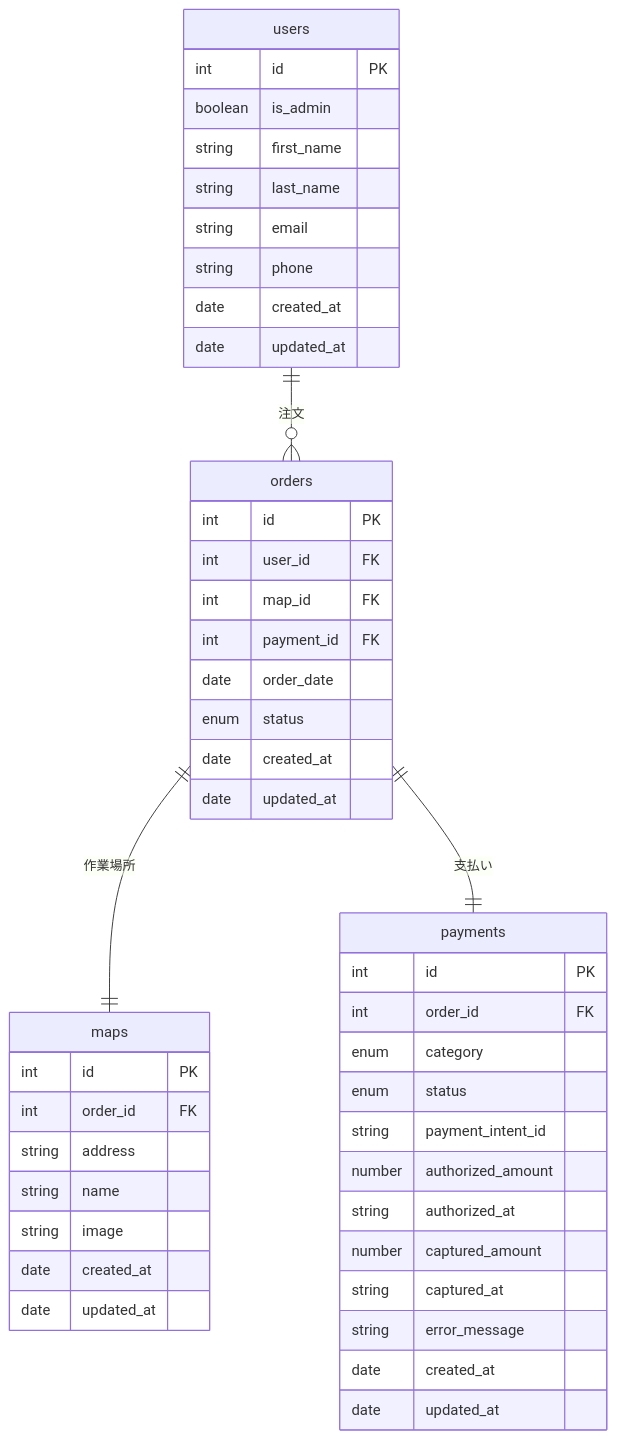
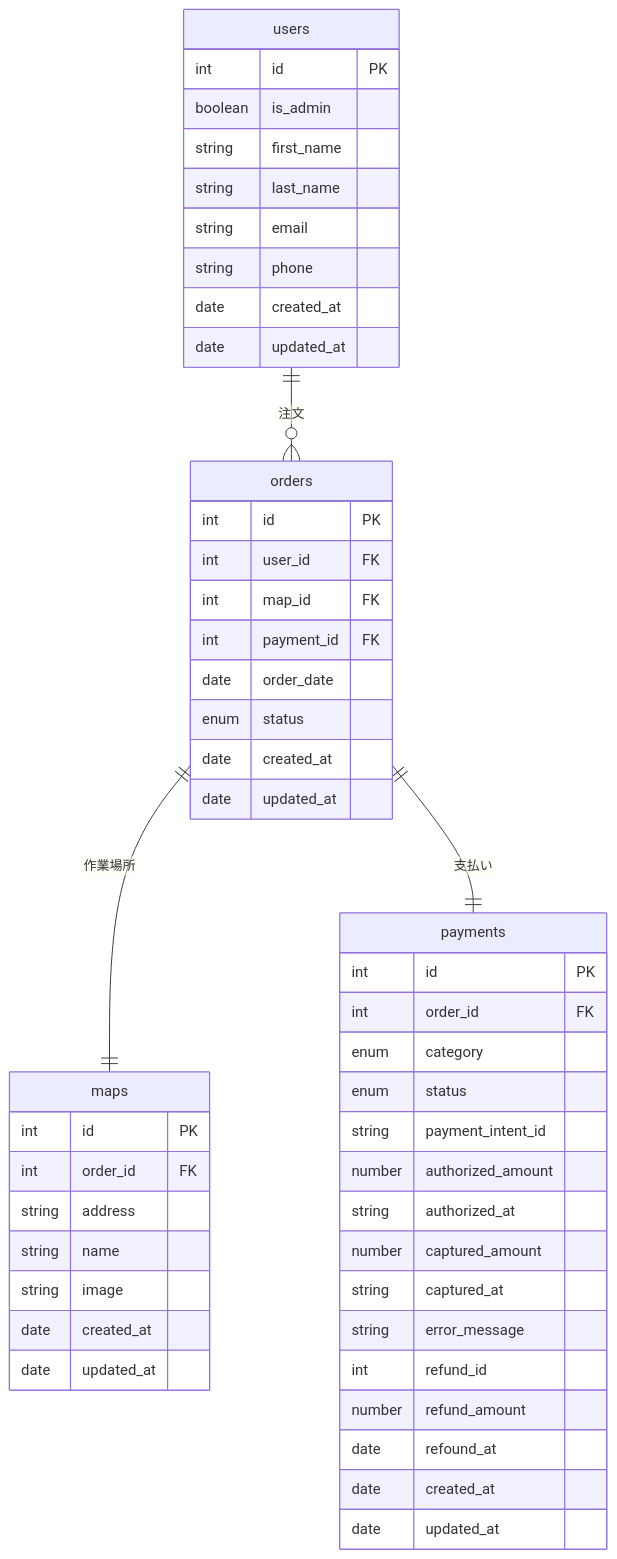
The diagram in docs/er.md (mitsukura/shikimori), drawn with Mermaid before and after one commit.

Commit message:
fix: 返金に関してを追加

````diff
--- a/docs/er.md
+++ b/docs/er.md
@@ -3,56 +3,59 @@
 ```mermaid
 erDiagram
 
 %% エンティティ定義
 users ||--o{ orders : "注文"
 orders ||--|| maps : "作業場所"
 orders ||--|| payments : "支払い"
 
 %% エンティティ詳細
 users {
   int id PK
   boolean is_admin
   string first_name
   string last_name
   string email
   string phone
   date created_at
   date updated_at
 }
 
 orders {
   int id PK
   int user_id FK
   int map_id FK
   int payment_id FK
   date order_date
   enum status
   date created_at
   date updated_at
 }
 
 maps{
   int id PK
   int order_id FK
   string address
   string name
   string image
   date created_at
   date updated_at
 }
 
 payments {
   int id PK
   int order_id FK
   enum category
   enum status
   string payment_intent_id
   number authorized_amount
   string authorized_at
   number captured_amount
   string captured_at
   string error_message
+  int refund_id
+  number refund_amount
+  date refound_at
   date created_at
   date updated_at
 }
 ```
````
